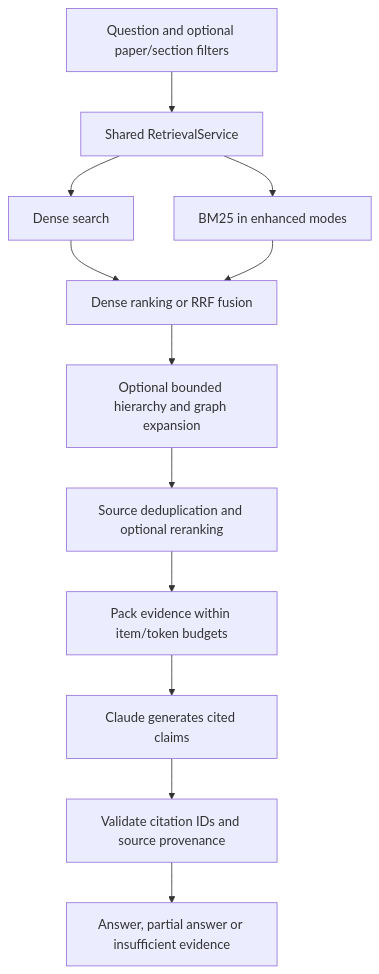
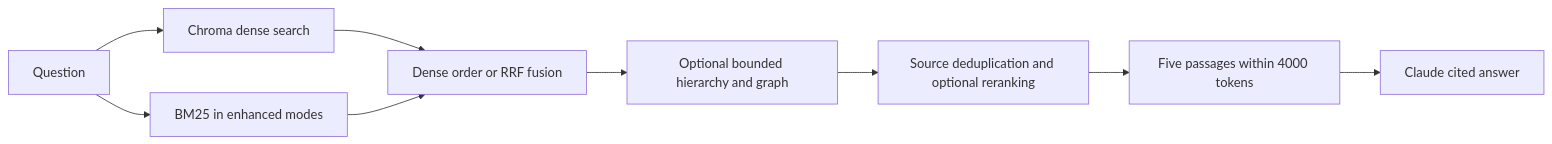
One commit to ifirdavs/bookrag-augmented changed the diagram in README.md. Above: the diagram before and after it, drawn with Mermaid. The commit also changed other lines of this file and 23 other files, not shown here.

````diff
--- a/README.md
+++ b/README.md
@@ -90,14 +74,11 @@
 ```mermaid
-flowchart TD
-    A["Question and optional paper/section filters"] --> B["Shared RetrievalService"]
-    B --> C["Dense search"]
-    B --> D["BM25 in enhanced modes"]
-    C --> E["Dense ranking or RRF fusion"]
-    D --> E
-    E --> F["Optional bounded hierarchy and graph expansion"]
-    F --> G["Source deduplication and optional reranking"]
-    G --> H["Pack evidence within item/token budgets"]
-    H --> I["Claude generates cited claims"]
-    I --> J["Validate citation IDs and source provenance"]
-    J --> K["Answer, partial answer or insufficient evidence"]
+flowchart LR
+    Q[Question] --> D[Chroma dense search]
+    Q --> L[BM25 in enhanced modes]
+    D --> F[Dense order or RRF fusion]
+    L --> F
+    F --> X[Optional bounded hierarchy and graph]
+    X --> R[Source deduplication and optional reranking]
+    R --> P[Five passages within 4000 tokens]
+    P --> A[Claude cited answer]
 ```
````
